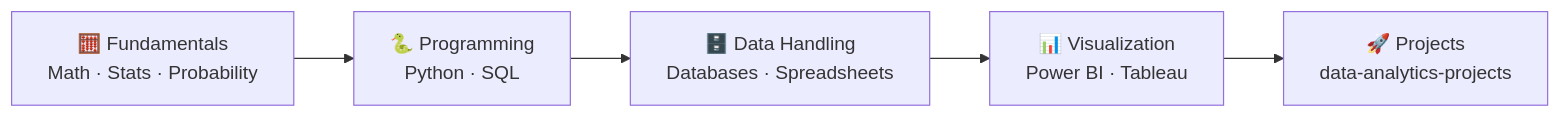
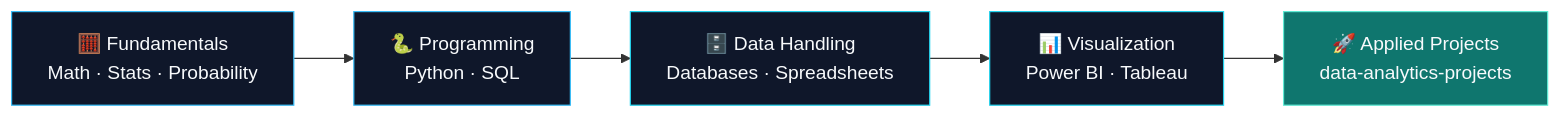
One commit to akxyverse/data-analytics-knowledge-system changed the diagram in README.md. Above: the diagram before and after it, drawn with Mermaid. The commit also changed other lines of this file and 42 other files, not shown here.

````diff
--- a/README.md
+++ b/README.md
@@ -135,7 +156,13 @@
 ```mermaid
 flowchart LR
     A["🧮 Fundamentals<br/>Math · Stats · Probability"] --> B["🐍 Programming<br/>Python · SQL"]
     B --> C["🗄️ Data Handling<br/>Databases · Spreadsheets"]
     C --> D["📊 Visualization<br/>Power BI · Tableau"]
-    D --> E["🚀 Projects<br/>data-analytics-projects"]
+    D --> E["🚀 Applied Projects<br/>data-analytics-projects"]
+
+    style A fill:#0f172a,stroke:#38bdf8,color:#f8fafc
+    style B fill:#0f172a,stroke:#38bdf8,color:#f8fafc
+    style C fill:#0f172a,stroke:#22d3ee,color:#f8fafc
+    style D fill:#0f172a,stroke:#22d3ee,color:#f8fafc
+    style E fill:#0f766e,stroke:#5eead4,color:#f8fafc
 ```
````
